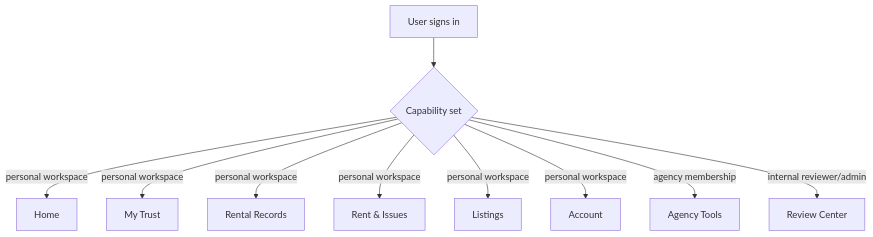
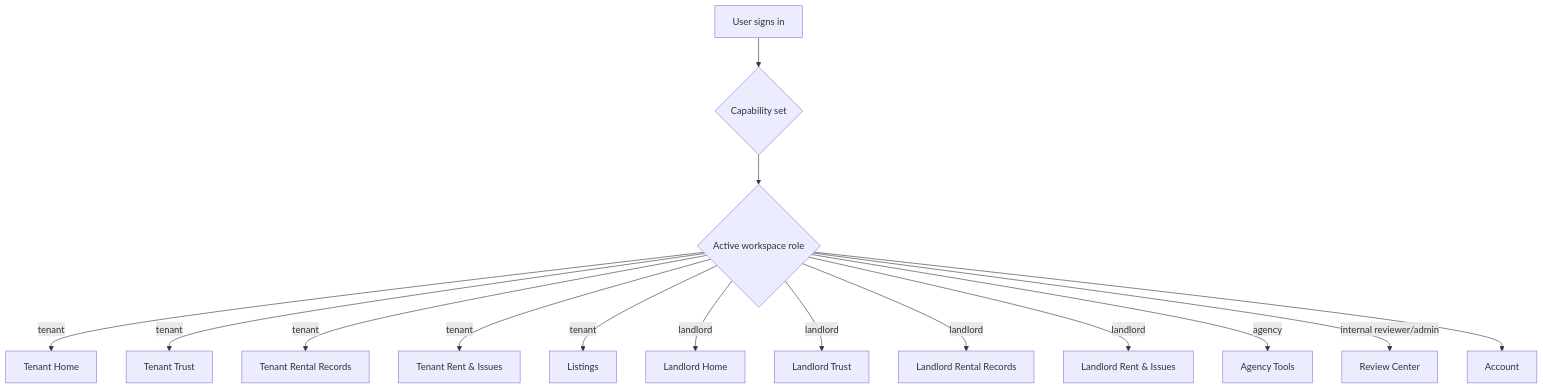
The first of 11 diagrams in docs/WORKFLOW_DIAGRAMS.md (vtmarkop/real_estate_trust_ledger), drawn with Mermaid before and after one commit. The commit also changed other lines of this file and 21 other files, not shown here.

Commit message:
Scope workspace by active role

````diff
--- a/docs/WORKFLOW_DIAGRAMS.md
+++ b/docs/WORKFLOW_DIAGRAMS.md
@@ -24,12 +24,17 @@
 ```mermaid
 flowchart TD
     A["User signs in"] --> B{"Capability set"}
-    B -->|"personal workspace"| C["Home"]
-    B -->|"personal workspace"| D["My Trust"]
-    B -->|"personal workspace"| E["Rental Records"]
-    B -->|"personal workspace"| F["Rent & Issues"]
-    B -->|"personal workspace"| G["Listings"]
-    B -->|"personal workspace"| H["Account"]
-    B -->|"agency membership"| I["Agency Tools"]
-    B -->|"internal reviewer/admin"| J["Review Center"]
+    B --> K{"Active workspace role"}
+    K -->|"tenant"| C["Tenant Home"]
+    K -->|"tenant"| D["Tenant Trust"]
+    K -->|"tenant"| E["Tenant Rental Records"]
+    K -->|"tenant"| F["Tenant Rent & Issues"]
+    K -->|"tenant"| G["Listings"]
+    K -->|"landlord"| L["Landlord Home"]
+    K -->|"landlord"| M["Landlord Trust"]
+    K -->|"landlord"| N["Landlord Rental Records"]
+    K -->|"landlord"| O["Landlord Rent & Issues"]
+    K -->|"agency"| I["Agency Tools"]
+    K -->|"internal reviewer/admin"| J["Review Center"]
+    K --> H["Account"]
 ```
````
